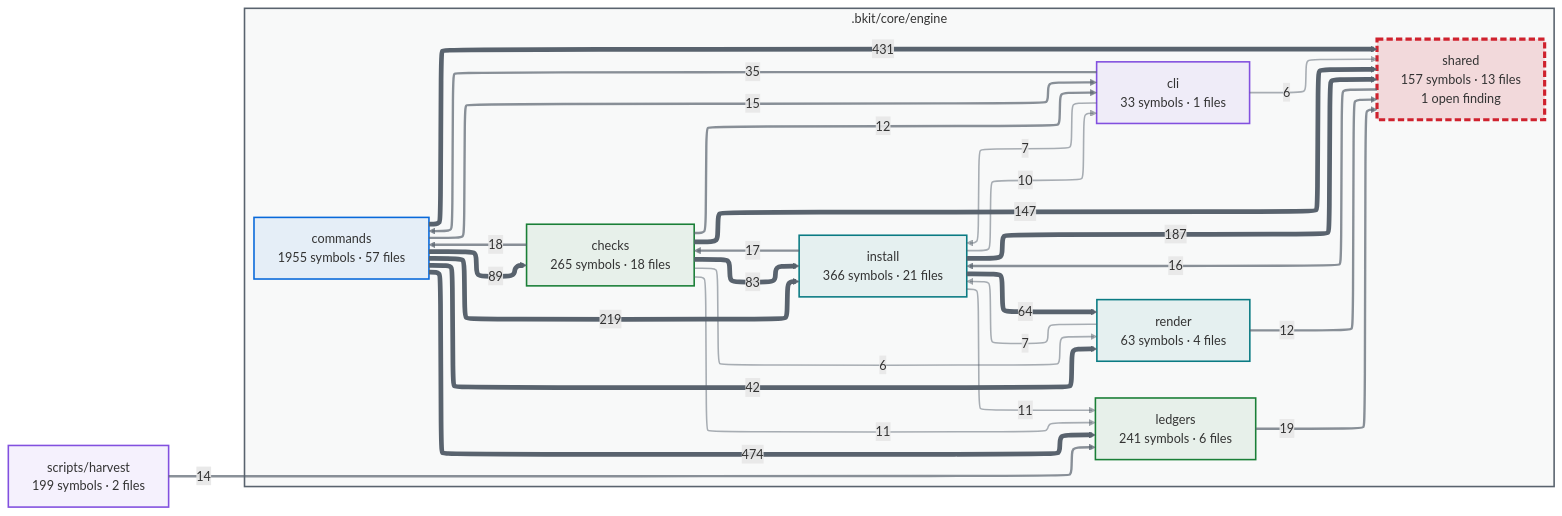
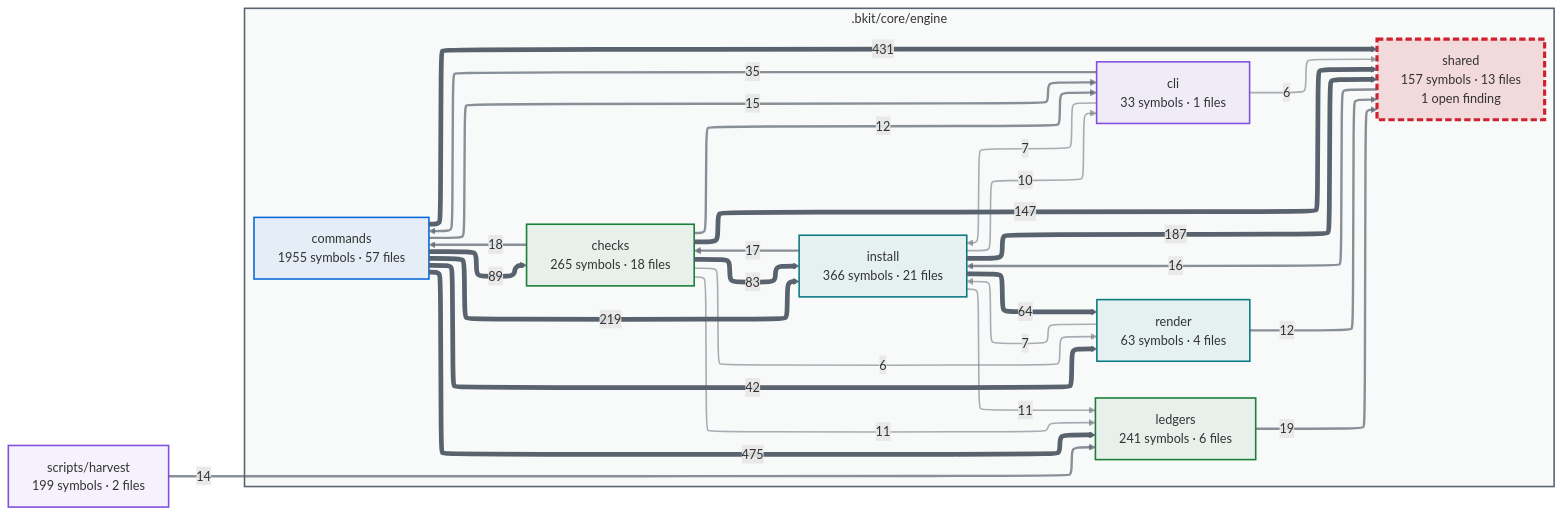
One commit to cbartens/bkit changed the first of 2 diagrams in docs/capabilities.md. Above: the diagram before and after it, drawn with Mermaid. The commit also changed other lines of this file and 1 other file, not shown here.

First line of the commit message:
docs(1012-v63-run): the capability register and package diagram match the code on dev

````diff
--- a/docs/capabilities.md
+++ b/docs/capabilities.md
@@ -116,80 +116,80 @@
 ```mermaid
 ---
 config:
   layout: elk
   themeCSS: "marker { overflow: visible; } marker path { transform: scale(1.8); transform-origin: 5px 5px; }"
   flowchart:
     useMaxWidth: false
 ---
 flowchart LR
   %% Generated by bkit-graphify-rollup.py — do not edit
   subgraph gn_bkit_core_engine[".bkit/core/engine"]
     n_bkit_core_engine_checks["checks<br/>265 symbols · 18 files"]
     n_bkit_core_engine_cli["cli<br/>33 symbols · 1 files"]
     n_bkit_core_engine_commands["commands<br/>1955 symbols · 57 files"]
     n_bkit_core_engine_install["install<br/>366 symbols · 21 files"]
     n_bkit_core_engine_ledgers["ledgers<br/>241 symbols · 6 files"]
     n_bkit_core_engine_render["render<br/>63 symbols · 4 files"]
     n_bkit_core_engine_shared["shared<br/>157 symbols · 13 files<br/>1 open finding"]
   end
   nscripts_harvest["scripts/harvest<br/>199 symbols · 2 files"]
-  n_bkit_core_engine_commands -->|474| n_bkit_core_engine_ledgers
+  n_bkit_core_engine_commands -->|475| n_bkit_core_engine_ledgers
   n_bkit_core_engine_commands -->|431| n_bkit_core_engine_shared
   n_bkit_core_engine_commands -->|219| n_bkit_core_engine_install
   n_bkit_core_engine_install -->|187| n_bkit_core_engine_shared
   n_bkit_core_engine_checks -->|147| n_bkit_core_engine_shared
   n_bkit_core_engine_commands -->|89| n_bkit_core_engine_checks
   n_bkit_core_engine_checks -->|83| n_bkit_core_engine_install
   n_bkit_core_engine_install -->|64| n_bkit_core_engine_render
   n_bkit_core_engine_commands -->|42| n_bkit_core_engine_render
   n_bkit_core_engine_cli -->|35| n_bkit_core_engine_commands
   n_bkit_core_engine_ledgers -->|19| n_bkit_core_engine_shared
   n_bkit_core_engine_checks -->|18| n_bkit_core_engine_commands
   n_bkit_core_engine_install -->|17| n_bkit_core_engine_checks
   n_bkit_core_engine_shared -->|16| n_bkit_core_engine_install
   n_bkit_core_engine_commands -->|15| n_bkit_core_engine_cli
   nscripts_harvest -->|14| n_bkit_core_engine_ledgers
   n_bkit_core_engine_checks -->|12| n_bkit_core_engine_cli
   n_bkit_core_engine_render -->|12| n_bkit_core_engine_shared
   n_bkit_core_engine_checks -->|11| n_bkit_core_engine_ledgers
   n_bkit_core_engine_install -->|11| n_bkit_core_engine_ledgers
   n_bkit_core_engine_install -->|10| n_bkit_core_engine_cli
   n_bkit_core_engine_cli -->|7| n_bkit_core_engine_install
   n_bkit_core_engine_render -->|7| n_bkit_core_engine_install
   n_bkit_core_engine_checks -->|6| n_bkit_core_engine_render
   n_bkit_core_engine_cli -->|6| n_bkit_core_engine_shared
   style gn_bkit_core_engine fill:#59636e0a,stroke:#59636e,stroke-width:2px
   style n_bkit_core_engine_checks stroke:#1a7f37,stroke-width:2px,fill:#1a7f3714
   style n_bkit_core_engine_cli stroke:#8250df,stroke-width:2px,fill:#8250df14
   style n_bkit_core_engine_commands stroke:#0969da,stroke-width:2px,fill:#0969da14
   style n_bkit_core_engine_install stroke:#0a7b83,stroke-width:2px,fill:#0a7b8314
   style n_bkit_core_engine_ledgers stroke:#1a7f37,stroke-width:2px,fill:#1a7f3714
   style n_bkit_core_engine_render stroke:#0a7b83,stroke-width:2px,fill:#0a7b8314
   style n_bkit_core_engine_shared stroke:#cf222e,stroke-width:4px,stroke-dasharray:8 4,fill:#cf222e26
   style nscripts_harvest stroke:#8250df,stroke-width:2px,fill:#8250df14
   linkStyle 0 stroke:#59636e,stroke-width:6px
   linkStyle 1 stroke:#59636e,stroke-width:6px
   linkStyle 2 stroke:#59636e,stroke-width:6px
   linkStyle 3 stroke:#59636e,stroke-width:6px
   linkStyle 4 stroke:#59636e,stroke-width:6px
   linkStyle 5 stroke:#59636e,stroke-width:6px
   linkStyle 6 stroke:#59636e,stroke-width:6px
   linkStyle 7 stroke:#59636e,stroke-width:6px
   linkStyle 8 stroke:#59636e,stroke-width:6px
   linkStyle 9 stroke:#59636eb3,stroke-width:3px
   linkStyle 10 stroke:#59636eb3,stroke-width:3px
   linkStyle 11 stroke:#59636eb3,stroke-width:3px
   linkStyle 12 stroke:#59636eb3,stroke-width:3px
   linkStyle 13 stroke:#59636eb3,stroke-width:3px
   linkStyle 14 stroke:#59636eb3,stroke-width:3px
   linkStyle 15 stroke:#59636eb3,stroke-width:3px
   linkStyle 16 stroke:#59636eb3,stroke-width:3px
   linkStyle 17 stroke:#59636eb3,stroke-width:3px
   linkStyle 18 stroke:#59636e80,stroke-width:2px
   linkStyle 19 stroke:#59636e80,stroke-width:2px
   linkStyle 20 stroke:#59636e80,stroke-width:2px
   linkStyle 21 stroke:#59636e80,stroke-width:2px
   linkStyle 22 stroke:#59636e80,stroke-width:2px
   linkStyle 23 stroke:#59636e80,stroke-width:2px
   linkStyle 24 stroke:#59636e80,stroke-width:2px
 ```
````
